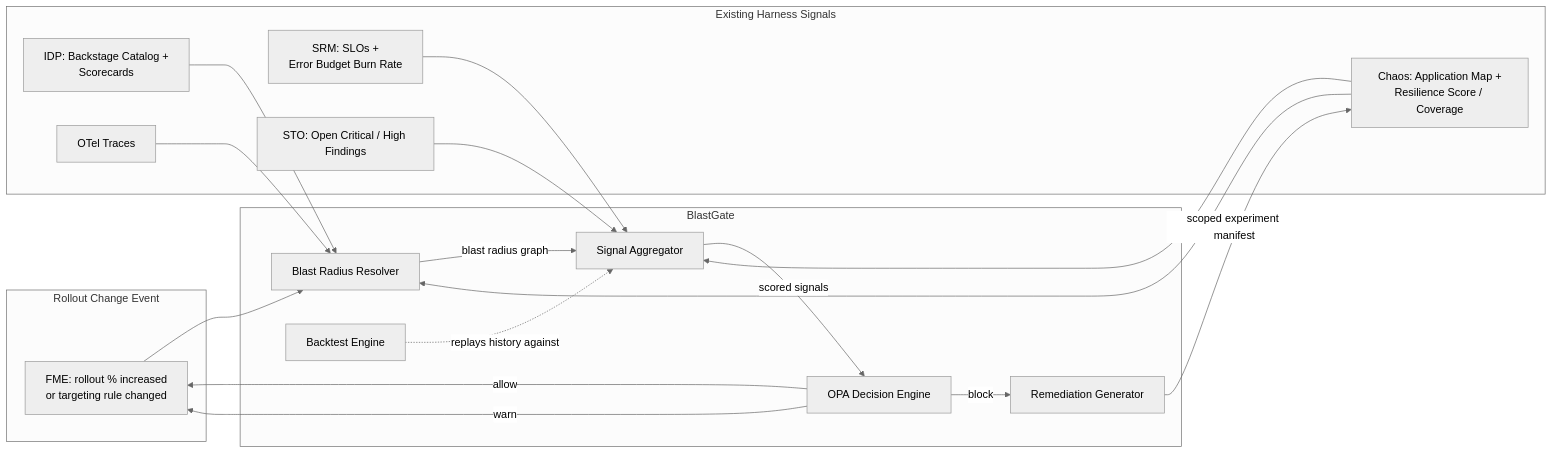
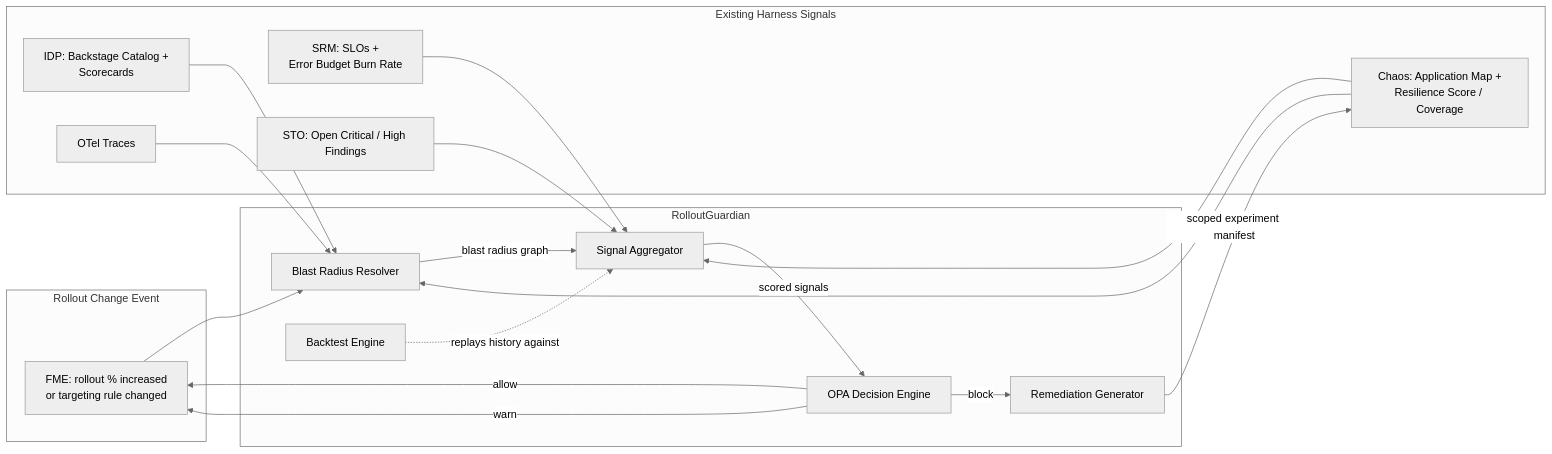
One commit to ahan-halder/rolloutguardian changed the diagram in README.md. Above: the diagram before and after it, drawn with Mermaid (neutral theme). The commit also changed other lines of this file, not shown here.

````diff
--- a/README.md
+++ b/README.md
@@ -132,37 +132,37 @@
 ```mermaid
 flowchart LR
     subgraph Trigger["Rollout Change Event"]
         A["FME: rollout % increased<br/>or targeting rule changed"]
     end
 
-    subgraph BG["BlastGate"]
+    subgraph RG["RolloutGuardian"]
         B1[Blast Radius Resolver]
         B2[Signal Aggregator]
         B3[OPA Decision Engine]
         B4[Remediation Generator]
         B5[Backtest Engine]
     end
 
     subgraph Sources["Existing Harness Signals"]
         C1["Chaos: Application Map +<br/>Resilience Score / Coverage"]
         C2["SRM: SLOs +<br/>Error Budget Burn Rate"]
         C3["STO: Open Critical / High Findings"]
         C4["IDP: Backstage Catalog +<br/>Scorecards"]
         C5[OTel Traces]
     end
 
     A --> B1
     C4 --> B1
     C5 --> B1
     C1 --> B1
     B1 -->|blast radius graph| B2
     C1 --> B2
     C2 --> B2
     C3 --> B2
     B2 -->|scored signals| B3
     B3 -->|allow| A
     B3 -->|warn| A
     B3 -->|block| B4
     B4 -->|scoped experiment manifest| C1
     B5 -.->|replays history against| B2
 ```
````
